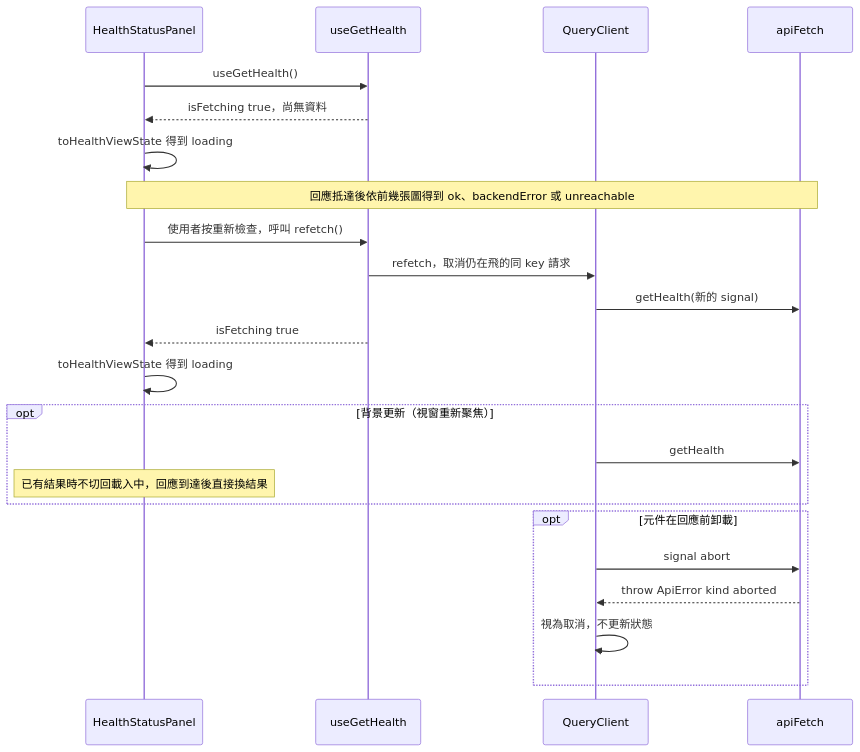
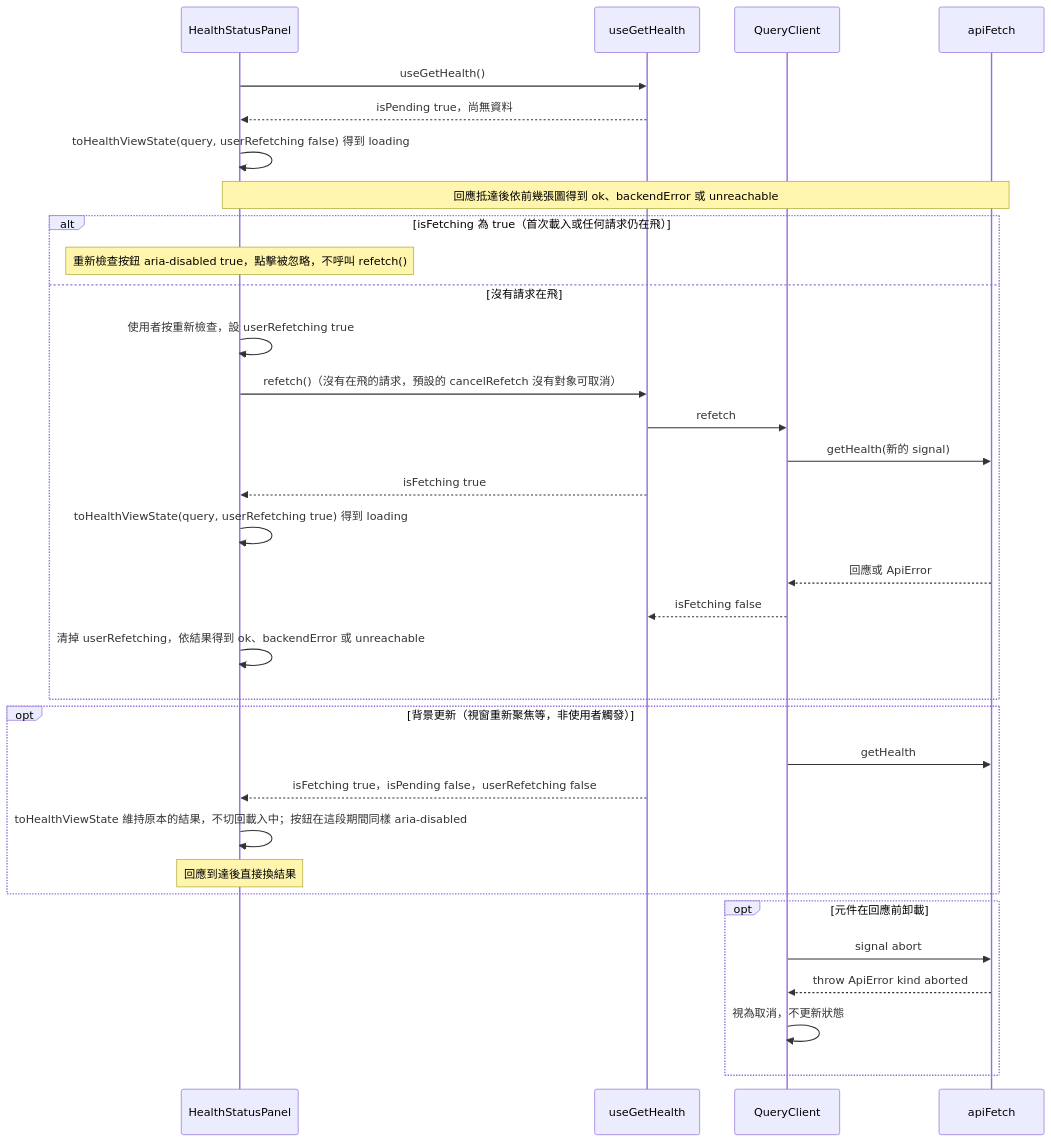
One commit to label-suite/label-suite changed the seventh of 14 diagrams in openspec/changes/frontend-skeleton/system-design.md. Above: the diagram before and after it, drawn with Mermaid. The commit also changed other lines of this file and 2 other files, not shown here.

````diff
--- a/openspec/changes/frontend-skeleton/system-design.md
+++ b/openspec/changes/frontend-skeleton/system-design.md
@@ -643,25 +672,35 @@
 ```mermaid
 sequenceDiagram
   participant Panel as HealthStatusPanel
   participant Hook as useGetHealth
   participant QC as QueryClient
   participant Mut as apiFetch
   Panel->>Hook: useGetHealth()
-  Hook-->>Panel: isFetching true，尚無資料
-  Panel->>Panel: toHealthViewState 得到 loading
+  Hook-->>Panel: isPending true，尚無資料
+  Panel->>Panel: toHealthViewState(query, userRefetching false) 得到 loading
   Note over Panel,Mut: 回應抵達後依前幾張圖得到 ok、backendError 或 unreachable
-  Panel->>Hook: 使用者按重新檢查，呼叫 refetch()
-  Hook->>QC: refetch，取消仍在飛的同 key 請求
-  QC->>Mut: getHealth(新的 signal)
-  Hook-->>Panel: isFetching true
-  Panel->>Panel: toHealthViewState 得到 loading
-  opt 背景更新（視窗重新聚焦）
+  alt isFetching 為 true（首次載入或任何請求仍在飛）
+    Note over Panel: 重新檢查按鈕 aria-disabled true，點擊被忽略，不呼叫 refetch()
+  else 沒有請求在飛
+    Panel->>Panel: 使用者按重新檢查，設 userRefetching true
+    Panel->>Hook: refetch()（沒有在飛的請求，預設的 cancelRefetch 沒有對象可取消）
+    Hook->>QC: refetch
+    QC->>Mut: getHealth(新的 signal)
+    Hook-->>Panel: isFetching true
+    Panel->>Panel: toHealthViewState(query, userRefetching true) 得到 loading
+    Mut-->>QC: 回應或 ApiError
+    QC-->>Hook: isFetching false
+    Panel->>Panel: 清掉 userRefetching，依結果得到 ok、backendError 或 unreachable
+  end
+  opt 背景更新（視窗重新聚焦等，非使用者觸發）
     QC->>Mut: getHealth
-    Note over Panel: 已有結果時不切回載入中，回應到達後直接換結果
+    Hook-->>Panel: isFetching true，isPending false，userRefetching false
+    Panel->>Panel: toHealthViewState 維持原本的結果，不切回載入中；按鈕在這段期間同樣 aria-disabled
+    Note over Panel: 回應到達後直接換結果
   end
   opt 元件在回應前卸載
     QC->>Mut: signal abort
     Mut-->>QC: throw ApiError kind aborted
     QC->>QC: 視為取消，不更新狀態
   end
 ```
````
